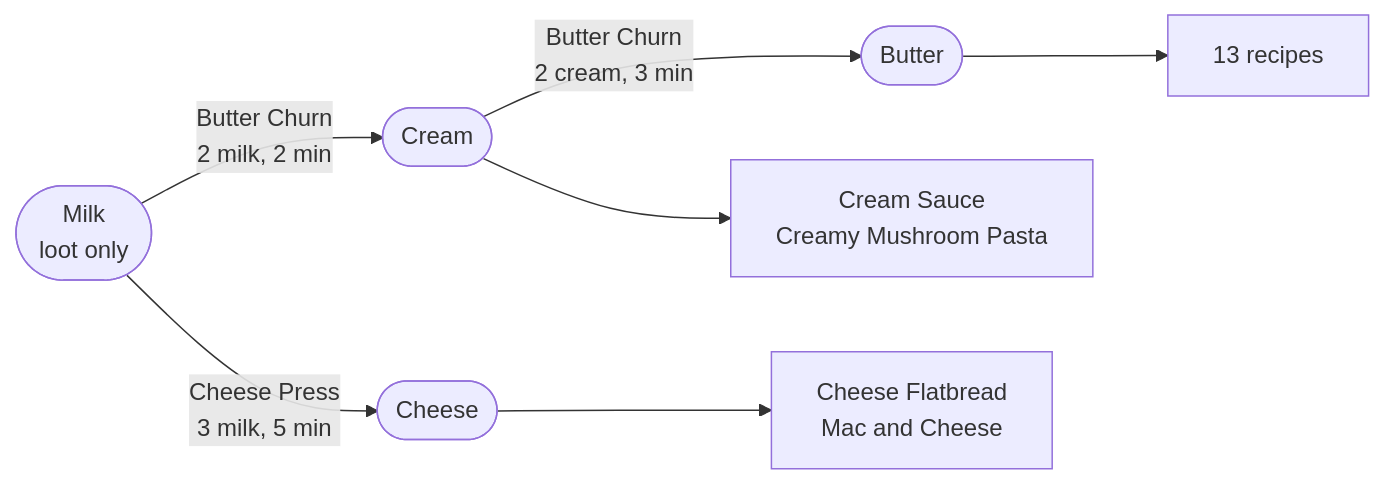
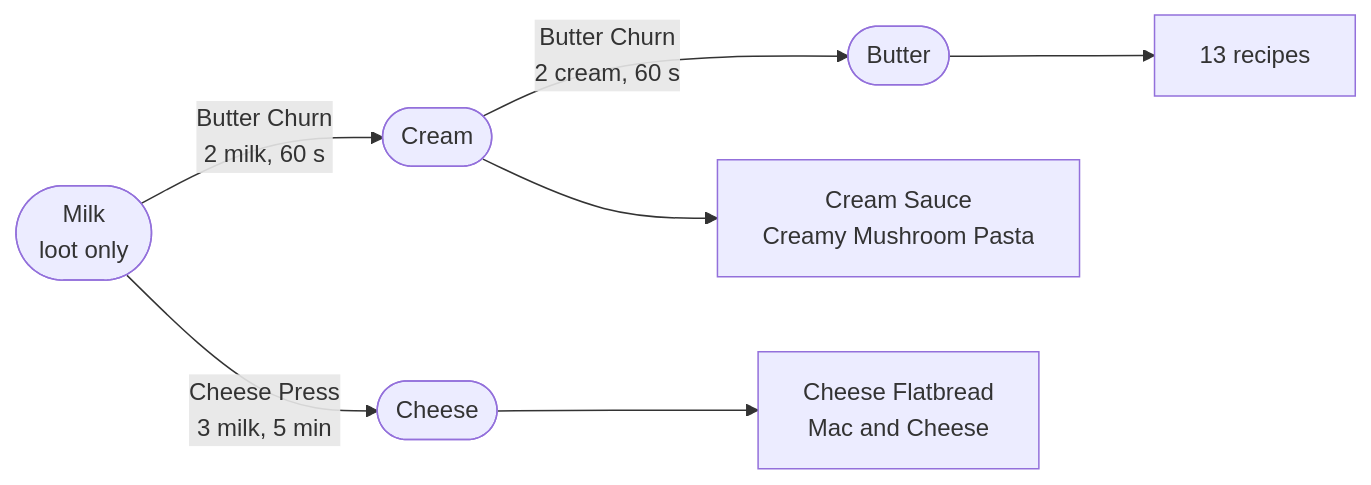
One commit to Psyern/Psyerns_ChefZ changed the ninth of 13 diagrams in ChefZ_Wiki/Production-Chains.md. Above: the diagram before and after it, drawn with Mermaid. The commit also changed other lines of this file and 8 other files, not shown here.

````diff
--- a/ChefZ_Wiki/Production-Chains.md
+++ b/ChefZ_Wiki/Production-Chains.md
@@ -327,9 +323,9 @@
 ```mermaid
 graph LR
-  M(["Milk<br/>loot only"]) -->|"Butter Churn<br/>2 milk, 2 min"| CR(["Cream"])
-  CR -->|"Butter Churn<br/>2 cream, 3 min"| BU(["Butter"])
+  M(["Milk<br/>loot only"]) -->|"Butter Churn<br/>2 milk, 60 s"| CR(["Cream"])
+  CR -->|"Butter Churn<br/>2 cream, 60 s"| BU(["Butter"])
   M -->|"Cheese Press<br/>3 milk, 5 min"| CH(["Cheese"])
   CR --> S1["Cream Sauce<br/>Creamy Mushroom Pasta"]
   BU --> S2["13 recipes"]
   CH --> S3["Cheese Flatbread<br/>Mac and Cheese"]
 ```
````
